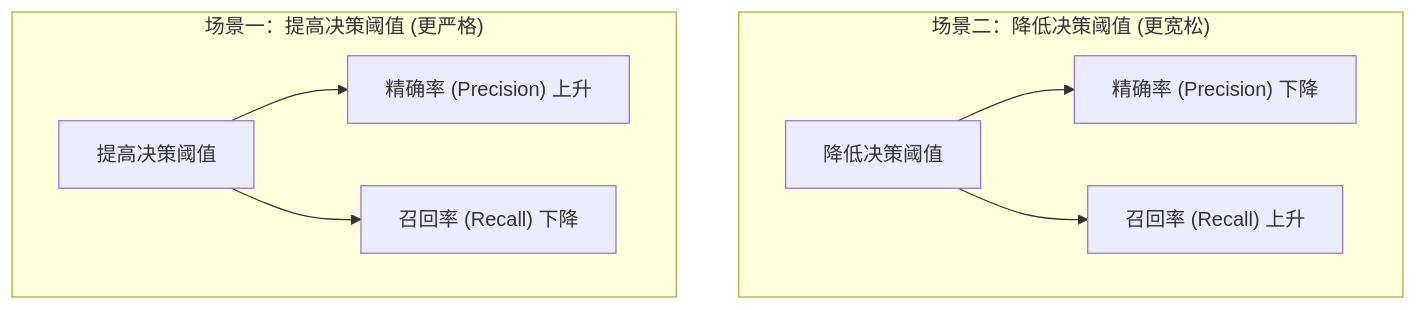
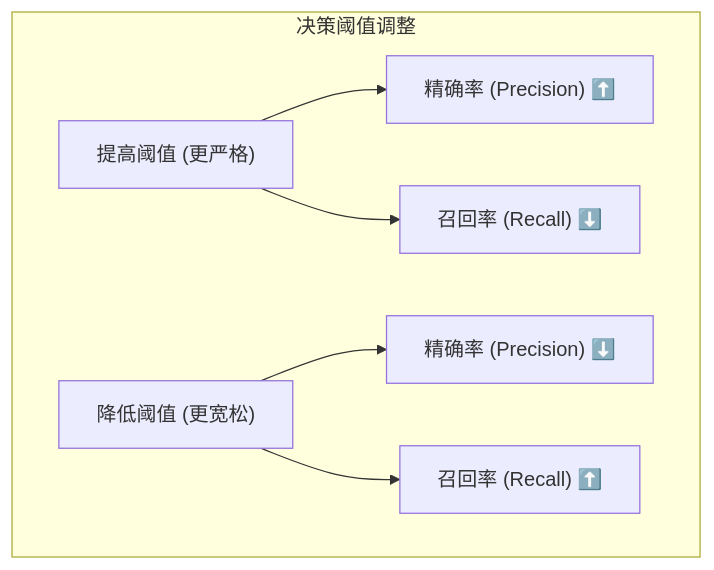
One commit to h-lu/ai-first-ml changed the diagram in ml-book/07-model-evaluation/02-how-precision-recall.qmd. Above: the diagram before and after it, drawn with Mermaid. The commit also changed other lines of this file and 64 other files, not shown here.

````diff
--- a/ml-book/07-model-evaluation/02-how-precision-recall.qmd
+++ b/ml-book/07-model-evaluation/02-how-precision-recall.qmd
@@ -61,15 +57,11 @@
 ```{mermaid}
-%%| echo : false
+%%| echo: false
 graph TD
-    
-    subgraph "场景二：降低决策阈值 (更宽松)"
-        D[降低决策阈值] --> E["精确率 (Precision) 下降"];
-        D --> F["召回率 (Recall) 上升"];
+    subgraph "决策阈值调整"
+        direction LR
+        A["提高阈值 (更严格)"] --> C["精确率 (Precision) ⬆️"]
+        A --> D["召回率 (Recall) ⬇️"]
+        B["降低阈值 (更宽松)"] --> E["精确率 (Precision) ⬇️"]
+        B --> F["召回率 (Recall) ⬆️"]
     end
-
-    subgraph "场景一：提高决策阈值 (更严格)"
-        A[提高决策阈值] --> B["精确率 (Precision) 上升"];
-        A --> C["召回率 (Recall) 下降"];
-    end
-    
 ```
````
